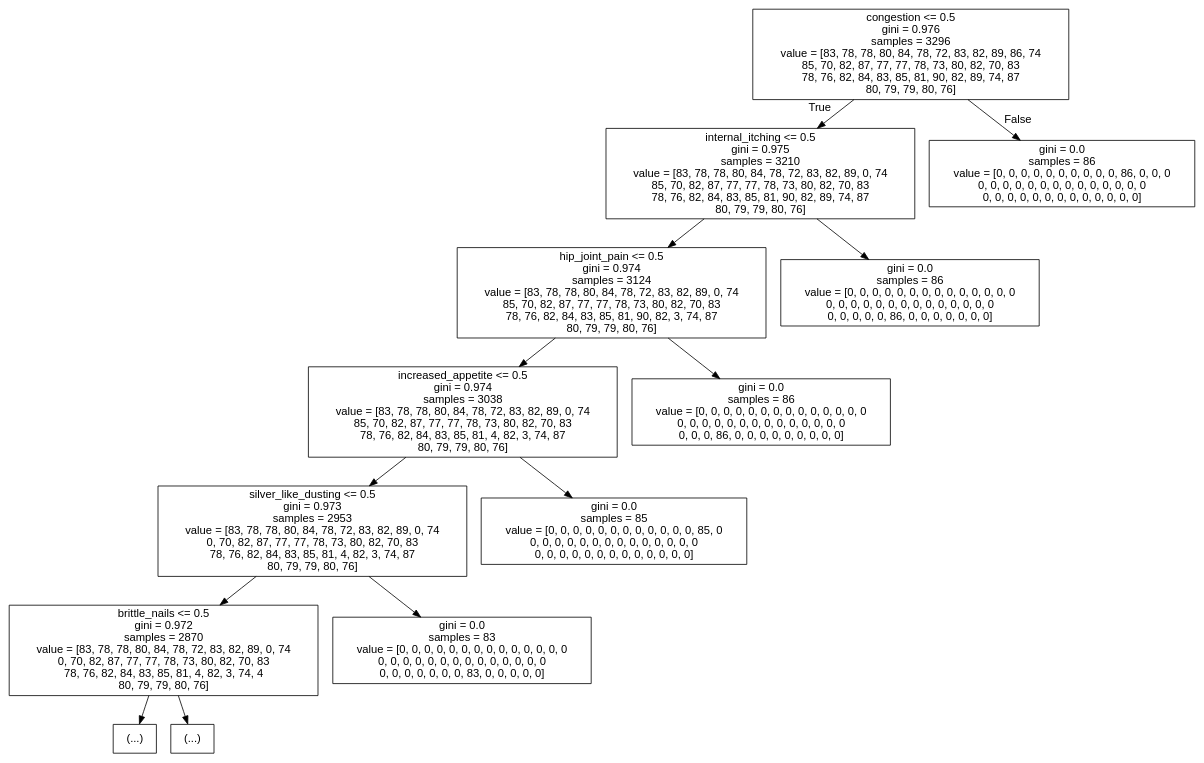
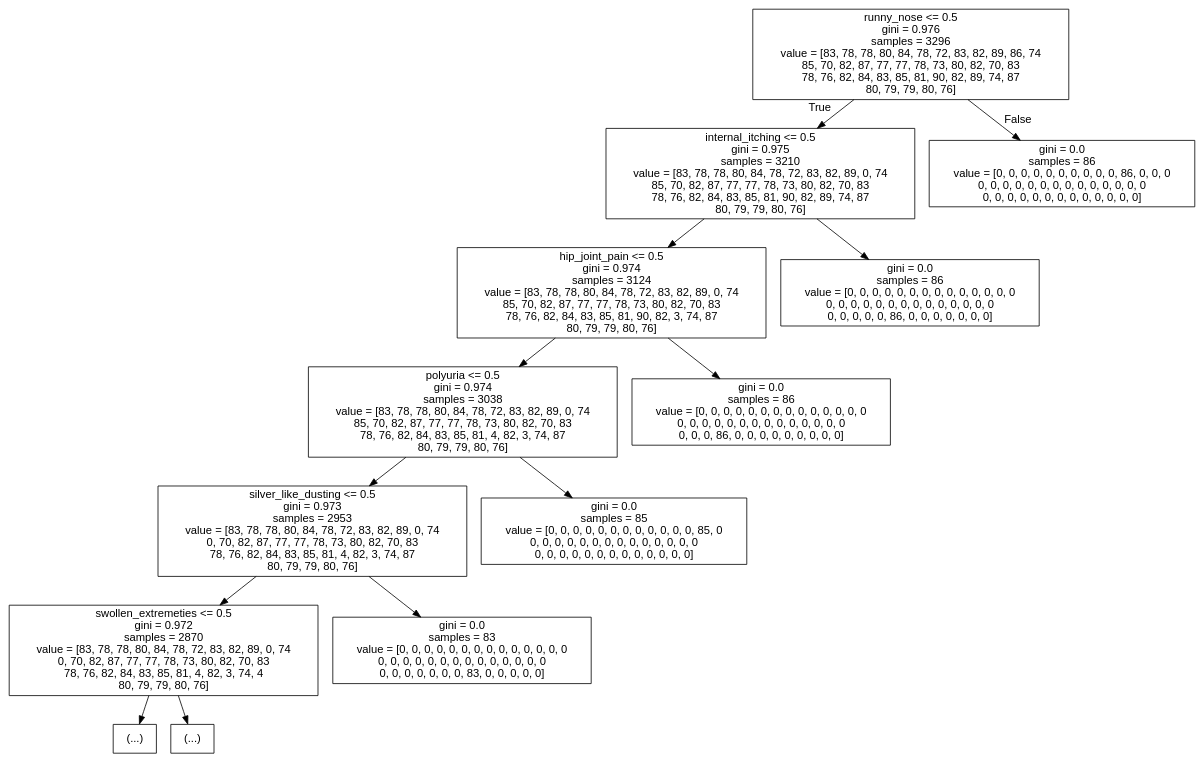
One commit to MilindPruthi09/audio-prescription changed the diagram in tree-top5.dot. Above: the diagram before and after it, drawn with Graphviz. The commit also changed 16 other files, not shown here.

```diff
--- a/tree-top5.dot
+++ b/tree-top5.dot
@@ -1,29 +1,29 @@
 digraph Tree {
 node [shape=box, fontname="helvetica"] ;
 edge [fontname="helvetica"] ;
-0 [label="congestion <= 0.5\ngini = 0.976\nsamples = 3296\nvalue = [83, 78, 78, 80, 84, 78, 72, 83, 82, 89, 86, 74\n85, 70, 82, 87, 77, 77, 78, 73, 80, 82, 70, 83\n78, 76, 82, 84, 83, 85, 81, 90, 82, 89, 74, 87\n80, 79, 79, 80, 76]"] ;
+0 [label="runny_nose <= 0.5\ngini = 0.976\nsamples = 3296\nvalue = [83, 78, 78, 80, 84, 78, 72, 83, 82, 89, 86, 74\n85, 70, 82, 87, 77, 77, 78, 73, 80, 82, 70, 83\n78, 76, 82, 84, 83, 85, 81, 90, 82, 89, 74, 87\n80, 79, 79, 80, 76]"] ;
 1 [label="internal_itching <= 0.5\ngini = 0.975\nsamples = 3210\nvalue = [83, 78, 78, 80, 84, 78, 72, 83, 82, 89, 0, 74\n85, 70, 82, 87, 77, 77, 78, 73, 80, 82, 70, 83\n78, 76, 82, 84, 83, 85, 81, 90, 82, 89, 74, 87\n80, 79, 79, 80, 76]"] ;
 0 -> 1 [labeldistance=2.5, labelangle=45, headlabel="True"] ;
 2 [label="hip_joint_pain <= 0.5\ngini = 0.974\nsamples = 3124\nvalue = [83, 78, 78, 80, 84, 78, 72, 83, 82, 89, 0, 74\n85, 70, 82, 87, 77, 77, 78, 73, 80, 82, 70, 83\n78, 76, 82, 84, 83, 85, 81, 90, 82, 3, 74, 87\n80, 79, 79, 80, 76]"] ;
 1 -> 2 ;
-3 [label="increased_appetite <= 0.5\ngini = 0.974\nsamples = 3038\nvalue = [83, 78, 78, 80, 84, 78, 72, 83, 82, 89, 0, 74\n85, 70, 82, 87, 77, 77, 78, 73, 80, 82, 70, 83\n78, 76, 82, 84, 83, 85, 81, 4, 82, 3, 74, 87\n80, 79, 79, 80, 76]"] ;
+3 [label="polyuria <= 0.5\ngini = 0.974\nsamples = 3038\nvalue = [83, 78, 78, 80, 84, 78, 72, 83, 82, 89, 0, 74\n85, 70, 82, 87, 77, 77, 78, 73, 80, 82, 70, 83\n78, 76, 82, 84, 83, 85, 81, 4, 82, 3, 74, 87\n80, 79, 79, 80, 76]"] ;
 2 -> 3 ;
 4 [label="silver_like_dusting <= 0.5\ngini = 0.973\nsamples = 2953\nvalue = [83, 78, 78, 80, 84, 78, 72, 83, 82, 89, 0, 74\n0, 70, 82, 87, 77, 77, 78, 73, 80, 82, 70, 83\n78, 76, 82, 84, 83, 85, 81, 4, 82, 3, 74, 87\n80, 79, 79, 80, 76]"] ;
 3 -> 4 ;
-5 [label="brittle_nails <= 0.5\ngini = 0.972\nsamples = 2870\nvalue = [83, 78, 78, 80, 84, 78, 72, 83, 82, 89, 0, 74\n0, 70, 82, 87, 77, 77, 78, 73, 80, 82, 70, 83\n78, 76, 82, 84, 83, 85, 81, 4, 82, 3, 74, 4\n80, 79, 79, 80, 76]"] ;
+5 [label="swollen_extremeties <= 0.5\ngini = 0.972\nsamples = 2870\nvalue = [83, 78, 78, 80, 84, 78, 72, 83, 82, 89, 0, 74\n0, 70, 82, 87, 77, 77, 78, 73, 80, 82, 70, 83\n78, 76, 82, 84, 83, 85, 81, 4, 82, 3, 74, 4\n80, 79, 79, 80, 76]"] ;
 4 -> 5 ;
 6 [label="(...)"] ;
 5 -> 6 ;
 119 [label="(...)"] ;
 5 -> 119 ;
 120 [label="gini = 0.0\nsamples = 83\nvalue = [0, 0, 0, 0, 0, 0, 0, 0, 0, 0, 0, 0, 0, 0\n0, 0, 0, 0, 0, 0, 0, 0, 0, 0, 0, 0, 0, 0\n0, 0, 0, 0, 0, 0, 0, 83, 0, 0, 0, 0, 0]"] ;
 4 -> 120 ;
 121 [label="gini = 0.0\nsamples = 85\nvalue = [0, 0, 0, 0, 0, 0, 0, 0, 0, 0, 0, 0, 85, 0\n0, 0, 0, 0, 0, 0, 0, 0, 0, 0, 0, 0, 0, 0\n0, 0, 0, 0, 0, 0, 0, 0, 0, 0, 0, 0, 0]"] ;
 3 -> 121 ;
 122 [label="gini = 0.0\nsamples = 86\nvalue = [0, 0, 0, 0, 0, 0, 0, 0, 0, 0, 0, 0, 0, 0\n0, 0, 0, 0, 0, 0, 0, 0, 0, 0, 0, 0, 0, 0\n0, 0, 0, 86, 0, 0, 0, 0, 0, 0, 0, 0, 0]"] ;
 2 -> 122 ;
 123 [label="gini = 0.0\nsamples = 86\nvalue = [0, 0, 0, 0, 0, 0, 0, 0, 0, 0, 0, 0, 0, 0\n0, 0, 0, 0, 0, 0, 0, 0, 0, 0, 0, 0, 0, 0\n0, 0, 0, 0, 0, 86, 0, 0, 0, 0, 0, 0, 0]"] ;
 1 -> 123 ;
 124 [label="gini = 0.0\nsamples = 86\nvalue = [0, 0, 0, 0, 0, 0, 0, 0, 0, 0, 86, 0, 0, 0\n0, 0, 0, 0, 0, 0, 0, 0, 0, 0, 0, 0, 0, 0\n0, 0, 0, 0, 0, 0, 0, 0, 0, 0, 0, 0, 0]"] ;
 0 -> 124 [labeldistance=2.5, labelangle=-45, headlabel="False"] ;
 }
```
